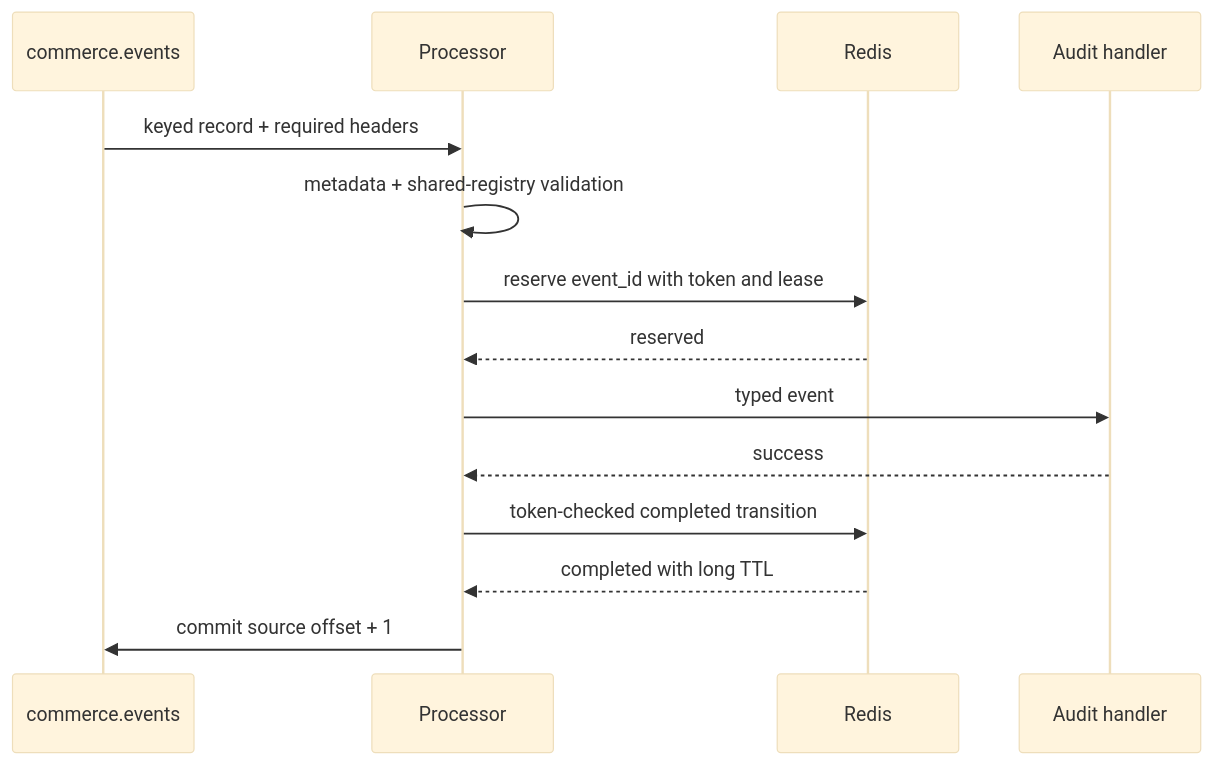
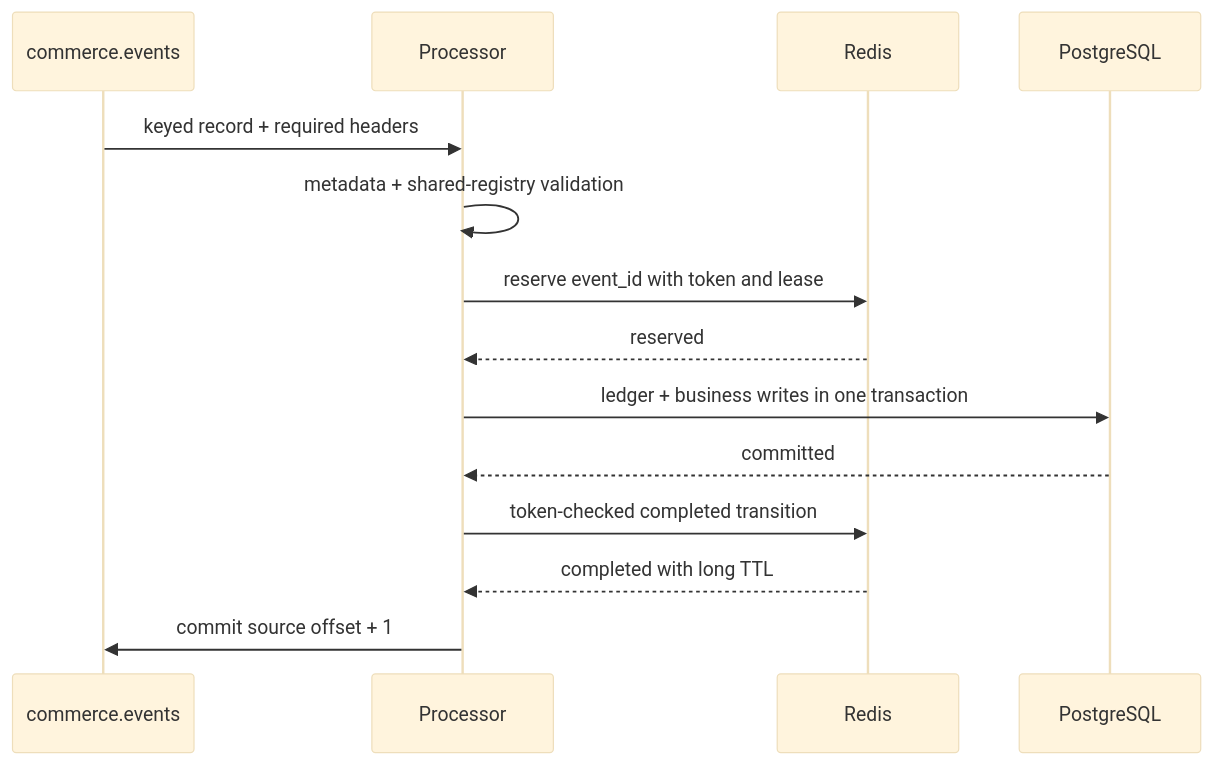
Before and after one commit to negativexq/real-time-commerce-platform: the first of 4 diagrams in docs/event-processor.md, drawn with Mermaid (base theme). The commit also changed other lines of this file and 40 other files, not shown here.

Commit message:
feat(persistence): add transactional PostgreSQL storage

````diff
--- a/docs/event-processor.md
+++ b/docs/event-processor.md
@@ -14,16 +12,16 @@
 ```mermaid
 sequenceDiagram
     participant K as commerce.events
     participant P as Processor
     participant R as Redis
-    participant H as Audit handler
+    participant D as PostgreSQL
     K->>P: keyed record + required headers
     P->>P: metadata + shared-registry validation
     P->>R: reserve event_id with token and lease
     R-->>P: reserved
-    P->>H: typed event
-    H-->>P: success
+    P->>D: ledger + business writes in one transaction
+    D-->>P: committed
     P->>R: token-checked completed transition
     R-->>P: completed with long TTL
     P->>K: commit source offset + 1
 ```
````
